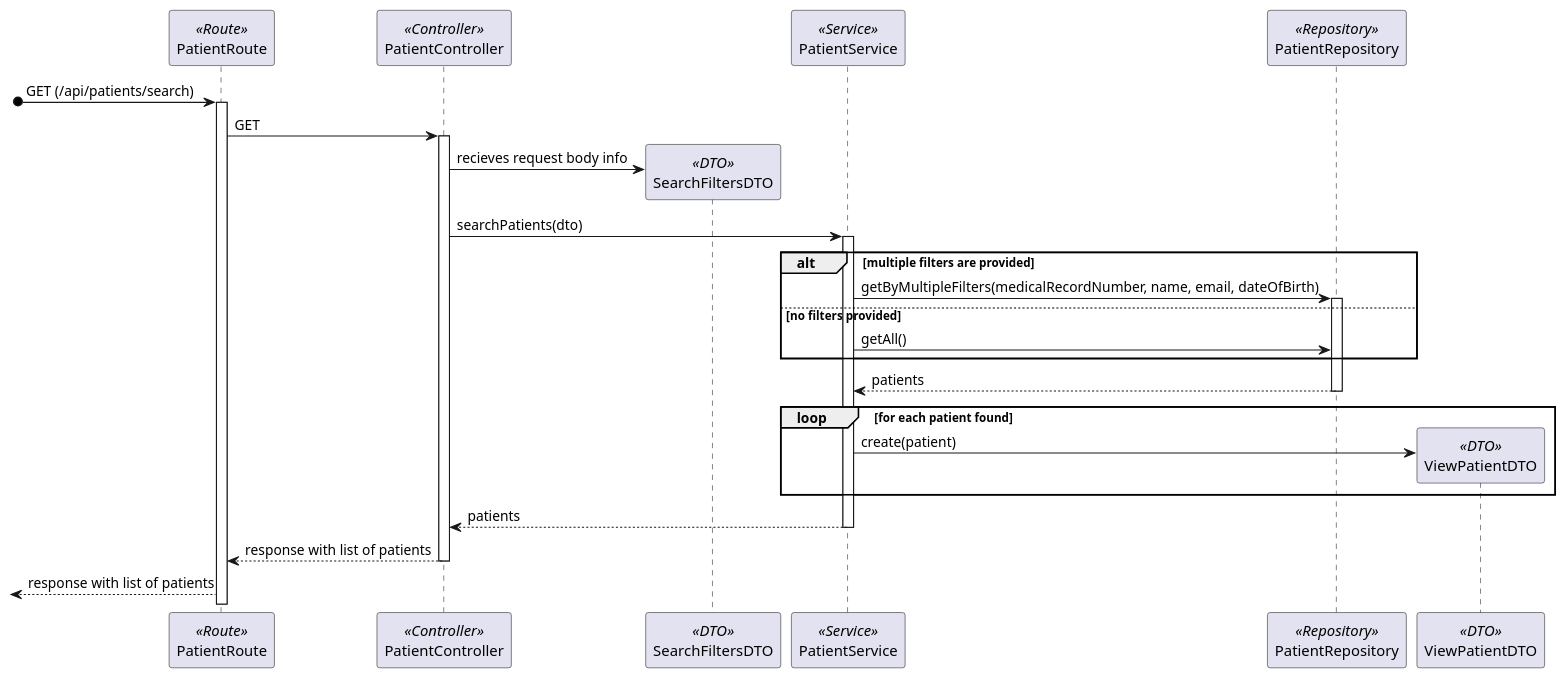
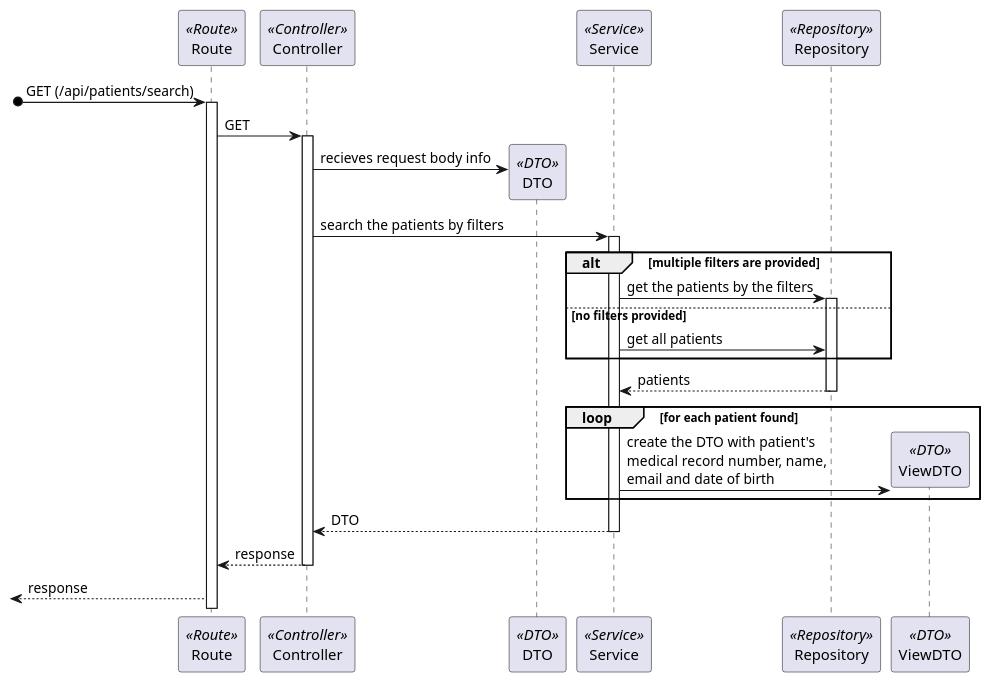
One commit to Rodrick0209/ISEP-SEM5PI-24-25 changed the diagram in docs/Sprint_1/US_5.1.11/L3/Process_View.puml. Above: the diagram before and after it, drawn with PlantUML. The commit also changed 19 other files, not shown here.

Commit message:
All Designs From Patient and User modified from the level 3 view #4 #5 #6 #9 #10 #11 #12

```diff
--- a/docs/Sprint_1/US_5.1.11/L3/Process_View.puml
+++ b/docs/Sprint_1/US_5.1.11/L3/Process_View.puml
@@ -2,31 +2,31 @@
 @startuml Process_View
-participant PatientRoute as Route <<Route>>
-participant PatientController as Controller <<Controller>>
-participant SearchFiltersDTO as DTO <<DTO>>
-participant PatientService as Service <<Service>>
-participant PatientRepository as Repository <<Repository>>
-participant ViewPatientDTO as ViewDTO <<DTO>>
+participant Route as Route <<Route>>
+participant Controller as Controller <<Controller>>
+participant DTO as DTO <<DTO>>
+participant Service as Service <<Service>>
+participant Repository as Repository <<Repository>>
+participant ViewDTO as ViewDTO <<DTO>>
 [o-> Route: GET (/api/patients/search)
 activate Route
 Route -> Controller : GET
 activate Controller
 Controller -> DTO** : recieves request body info
-Controller -> Service : searchPatients(dto)
+Controller -> Service : search the patients by filters
 activate Service
 alt multiple filters are provided
-Service -> Repository : getByMultipleFilters(medicalRecordNumber, name, email, dateOfBirth)
+Service -> Repository : get the patients by the filters
 activate Repository
 else no filters provided
-Service -> Repository : getAll()
+Service -> Repository : get all patients
 end alt
 return patients
 loop for each patient found
-Service -> ViewDTO** : create(patient)
+Service -> ViewDTO** : create the DTO with patient's\nmedical record number, name,\nemail and date of birth
 end loop
-Service --> Controller : patients
+Service --> Controller : DTO
 deactivate Service
-Controller --> Route : response with list of patients
+Controller --> Route : response
 deactivate Controller
-<-- Route : response with list of patients
+<-- Route : response
 
 @enduml
```
